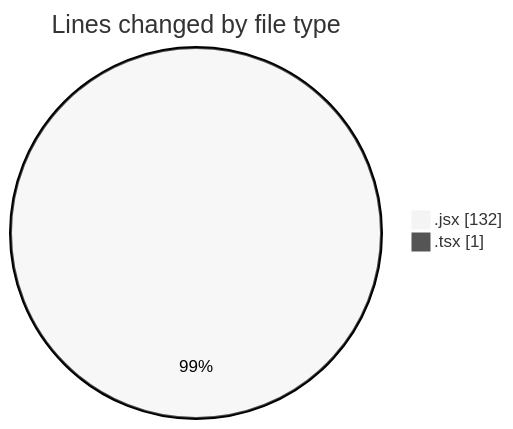
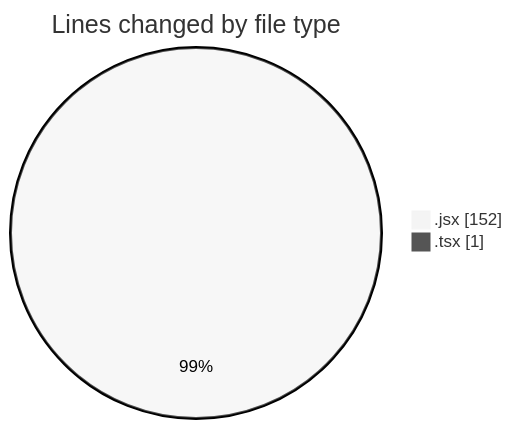
One commit to Elitesun/code-tracking changed the first of 2 diagrams in 2025-02-10/react_ecom/README.md. Above: the diagram before and after it, drawn with Mermaid (neutral theme). The commit also changed other lines of this file and 1 other file, not shown here.

````diff
--- a/2025-02-10/react_ecom/README.md
+++ b/2025-02-10/react_ecom/README.md
@@ -24,6 +25,6 @@
 ```mermaid
 pie showData
 title Lines changed by file type
-".jsx" : 132
+".jsx" : 152
 ".tsx" : 1
 ```
````
